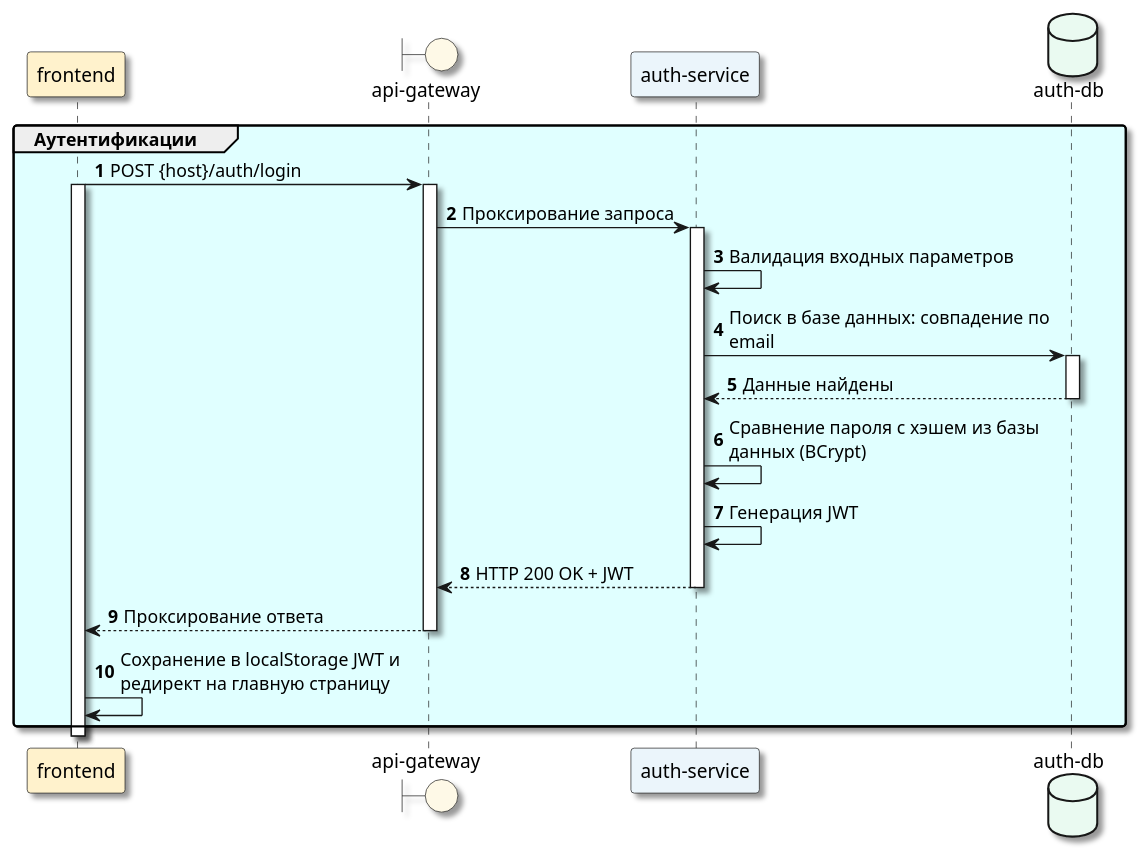
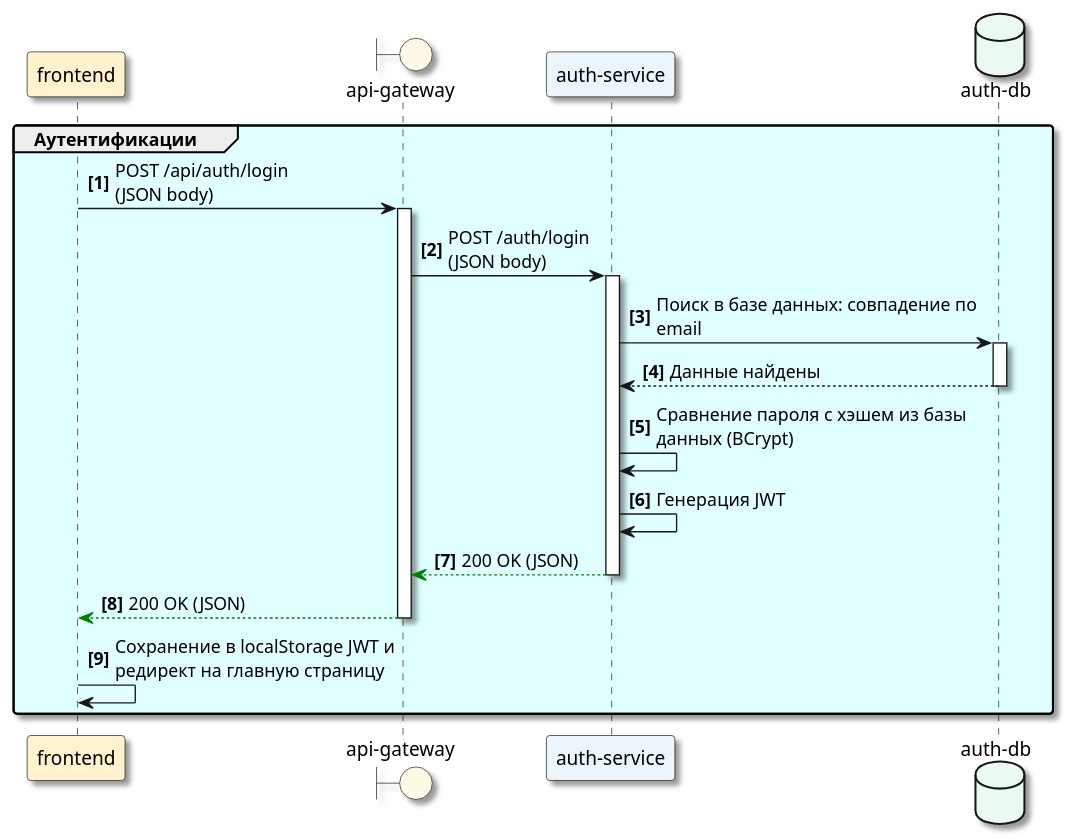
One commit to ni1a207/Healthcare-System changed the diagram in Docs/As-is/Diagrams/Auth.puml. Above: the diagram before and after it, drawn with PlantUML. The commit also changed 13 other files, not shown here.

```diff
--- a/Docs/As-is/Diagrams/Auth.puml
+++ b/Docs/As-is/Diagrams/Auth.puml
@@ -1,31 +1,28 @@
 @startuml
 skinparam Shadowing true
 skinparam RoundCorner 5
 skinparam MaxMessageSize 250
 participant "frontend" as FE #FFF2CC
 boundary "api-gateway" as GW #FEF9E7
 participant "auth-service" as Auth #EBF5FB
 database "auth-db" as DB #EAFAF1
-autonumber "<b>0</b>"
+autonumber "<b>[0]</b>"
 group #LightCyan Аутентификации
-    FE -> GW: POST {host}/auth/login
-    activate FE #White
+    FE -> GW: POST /api/auth/login\n(JSON body)
     activate GW
-    GW -> Auth: Проксирование запроса
+    GW -> Auth: POST /auth/login\n(JSON body)
     activate Auth
-    Auth -> Auth: Валидация входных параметров
     Auth -> DB: Поиск в базе данных: совпадение по email
     activate DB
     DB --> Auth: Данные найдены
     deactivate DB
     Auth -> Auth: Сравнение пароля с хэшем из базы данных (BCrypt)
 Auth -> Auth: Генерация JWT
-    Auth --> GW: HTTP 200 OK + JWT
+    Auth --[#green]> GW: 200 OK (JSON)
     deactivate Auth
-    GW --> FE: Проксирование ответа
+    GW --[#green]> FE: 200 OK (JSON)
     deactivate GW
     FE -> FE: Сохранение в localStorage JWT и редирект на главную страницу
     end
-    deactivate FE
 
 @enduml
```
